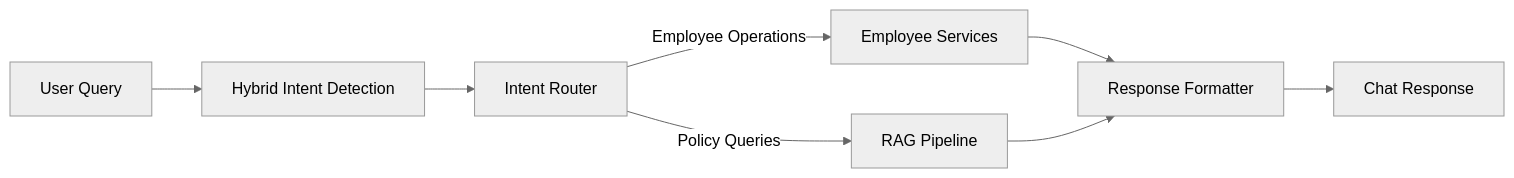
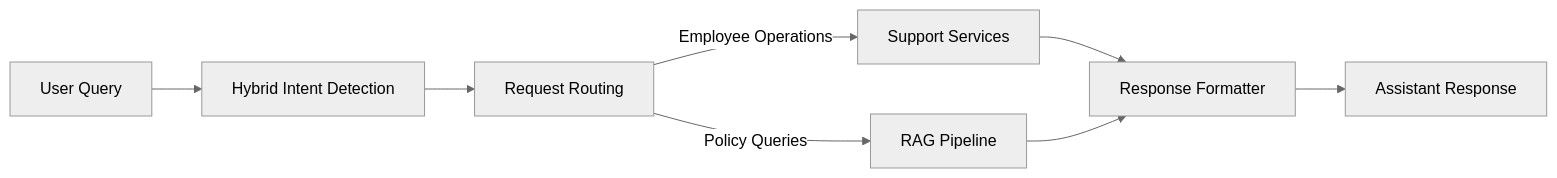
Before and after one commit to bhanusri-123/Employee-support-ai: the second of 4 diagrams in README.md, drawn with Mermaid (neutral theme). The commit also changed other lines of this file, not shown here.

````diff
--- a/README.md
+++ b/README.md
@@ -78,17 +78,19 @@
 ```mermaid
 flowchart LR
 
-    A[User Query] --> B[Hybrid Intent Detection]
+    A[User Query]
 
-    B --> C[Intent Router]
+    A --> B[Hybrid Intent Detection]
 
-    C -->|Employee Operations| D[Employee Services]
+    B --> C[Request Routing]
+
+    C -->|Employee Operations| D[Support Services]
 
     C -->|Policy Queries| E[RAG Pipeline]
 
     D --> F[Response Formatter]
 
     E --> F
 
-    F --> G[Chat Response]
+    F --> G[Assistant Response]
 ```
````
